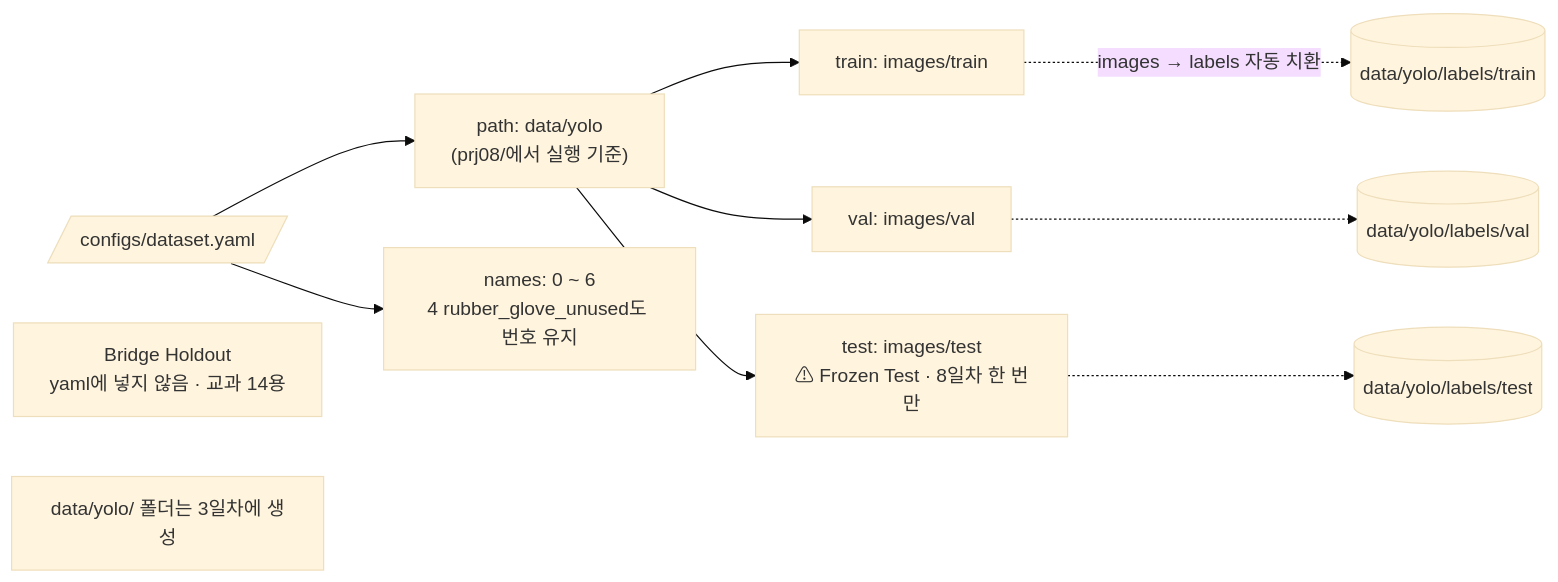
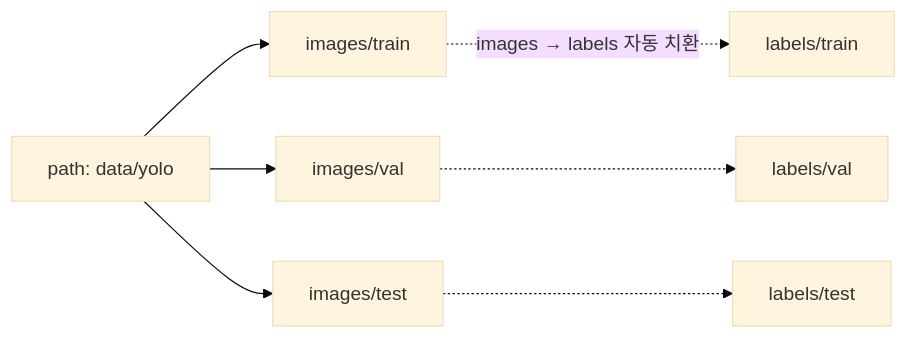
Before and after one commit to howolcat/prj2026.10: the diagram in prj08/docs/code_review/configs/dataset_yaml.md, drawn with Mermaid (base theme). The commit also changed other lines of this file and 25 other files, not shown here.

````diff
--- a/prj08/docs/code_review/configs/dataset_yaml.md
+++ b/prj08/docs/code_review/configs/dataset_yaml.md
@@ -38,13 +39,9 @@
 ```mermaid
 flowchart LR
-    Y[/"configs/dataset.yaml"/] --> P["path: data/yolo<br/>(prj08/에서 실행 기준)"]
-    P --> T["train: images/train"]
-    P --> V["val: images/val"]
-    P --> TE["test: images/test<br/>⚠ Frozen Test · 8일차 한 번만"]
-    T -.->|"images → labels 자동 치환"| TL[("data/yolo/labels/train")]
-    V -.-> VL[("data/yolo/labels/val")]
-    TE -.-> TEL[("data/yolo/labels/test")]
-    Y --> N["names: 0 ~ 6<br/>4 rubber_glove_unused도 번호 유지"]
-    BR["Bridge Holdout<br/>yaml에 넣지 않음 · 교과 14용"]
-    NOW["data/yolo/ 폴더는 3일차에 생성"]
+    P["path: data/yolo"] --> T["images/train"]
+    P --> V["images/val"]
+    P --> TE["images/test"]
+    T -.->|images → labels 자동 치환| TL["labels/train"]
+    V -.-> VL["labels/val"]
+    TE -.-> TEL["labels/test"]
 ```
````
